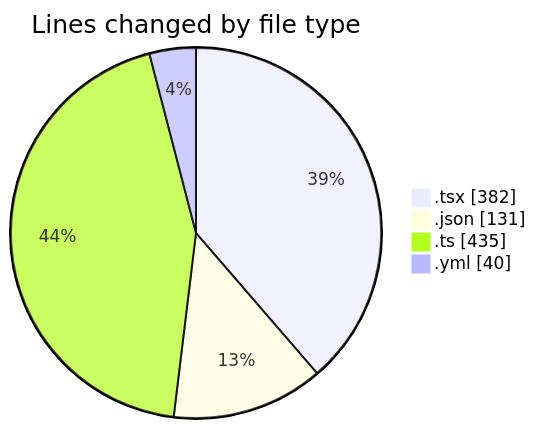
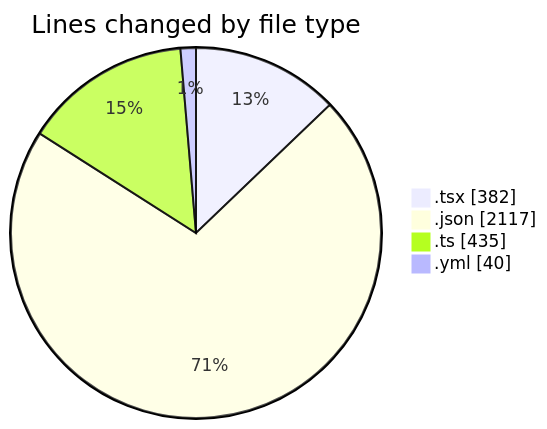
Before and after one commit to julien-gomy/code-tracking: the first of 2 diagrams in 2025-11-28/eventscop-frontend-guide__workspace_/README.md, drawn with Mermaid. The commit also changed other lines of this file and 1 other file, not shown here.

````diff
--- a/2025-11-28/eventscop-frontend-guide__workspace_/README.md
+++ b/2025-11-28/eventscop-frontend-guide__workspace_/README.md
@@ -27,8 +28,8 @@
 ```mermaid
 pie showData
 title Lines changed by file type
 ".tsx" : 382
-".json" : 131
+".json" : 2117
 ".ts" : 435
 ".yml" : 40
 ```
````
